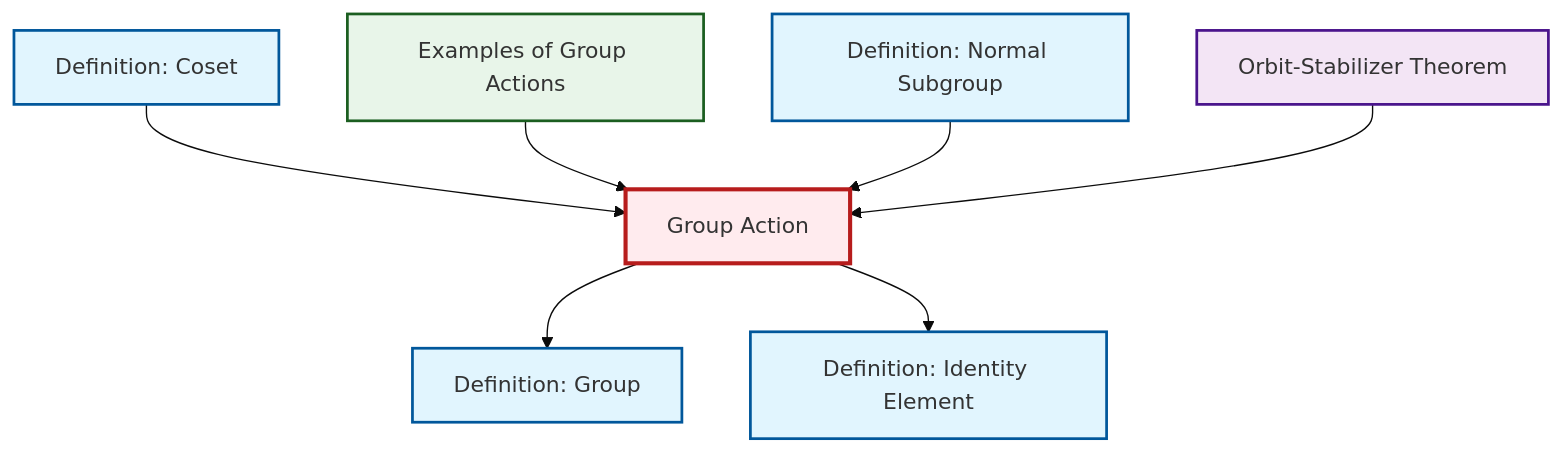
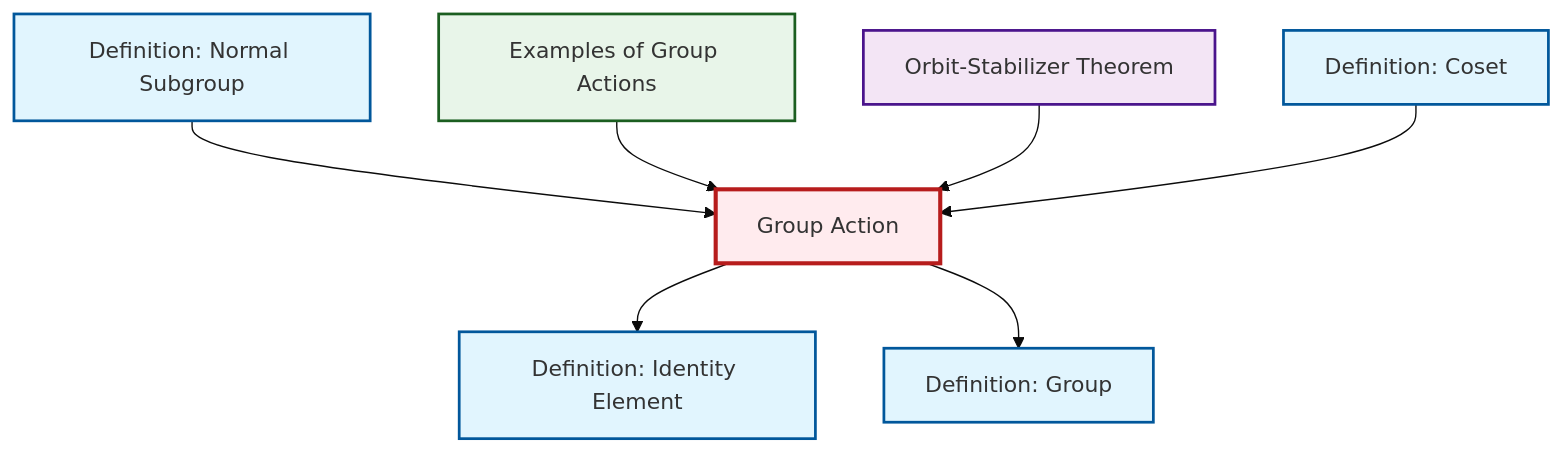
One commit to RK0429/ModernMath changed the diagram in content/ja/algebra/def-group-action.qmd. Above: the diagram before and after it, drawn with Mermaid (base theme). The commit also changed other lines of this file and 491 other files, not shown here.

````diff
--- a/content/ja/algebra/def-group-action.qmd
+++ b/content/ja/algebra/def-group-action.qmd
@@ -61,29 +61,29 @@
 ```{mermaid}
 %%| fig-cap: "Local dependency graph"
 graph TD
     classDef definition fill:#e1f5fe,stroke:#01579b,stroke-width:2px
     classDef theorem fill:#f3e5f5,stroke:#4a148c,stroke-width:2px
     classDef axiom fill:#fff3e0,stroke:#e65100,stroke-width:2px
     classDef example fill:#e8f5e9,stroke:#1b5e20,stroke-width:2px
     classDef current fill:#ffebee,stroke:#b71c1c,stroke-width:3px
+    ex-group-action-examples["Examples of Group Actions"]:::example
+    def-normal-subgroup["Definition: Normal Subgroup"]:::definition
+    def-coset["Definition: Coset"]:::definition
+    def-group["Definition: Group"]:::definition
+    thm-orbit-stabilizer["Orbit-Stabilizer Theorem"]:::theorem
     def-group-action["Group Action"]:::definition
-    ex-group-action-examples["Examples of Group Actions"]:::example
-    def-group["Definition: Group"]:::definition
     def-identity-element["Definition: Identity Element"]:::definition
-    thm-orbit-stabilizer["Orbit-Stabilizer Theorem"]:::theorem
-    def-coset["Definition: Coset"]:::definition
-    def-normal-subgroup["Definition: Normal Subgroup"]:::definition
+    def-group-action --> def-identity-element
+    def-group-action --> def-group
+    def-normal-subgroup --> def-group-action
+    ex-group-action-examples --> def-group-action
+    thm-orbit-stabilizer --> def-group-action
     def-coset --> def-group-action
-    def-group-action --> def-group
-    ex-group-action-examples --> def-group-action
-    def-group-action --> def-identity-element
-    def-normal-subgroup --> def-group-action
-    thm-orbit-stabilizer --> def-group-action
     class def-group-action current
     click ex-group-action-examples "ex-group-action-examples.html" "Examples of Group Actionsへ"
+    click def-normal-subgroup "def-normal-subgroup.html" "Definition: Normal Subgroupへ"
+    click def-coset "def-coset.html" "Definition: Cosetへ"
     click def-group "def-group.html" "Definition: Groupへ"
+    click thm-orbit-stabilizer "thm-orbit-stabilizer.html" "Orbit-Stabilizer Theoremへ"
     click def-identity-element "def-identity-element.html" "Definition: Identity Elementへ"
-    click thm-orbit-stabilizer "thm-orbit-stabilizer.html" "Orbit-Stabilizer Theoremへ"
-    click def-coset "def-coset.html" "Definition: Cosetへ"
-    click def-normal-subgroup "def-normal-subgroup.html" "Definition: Normal Subgroupへ"
 ```
````
